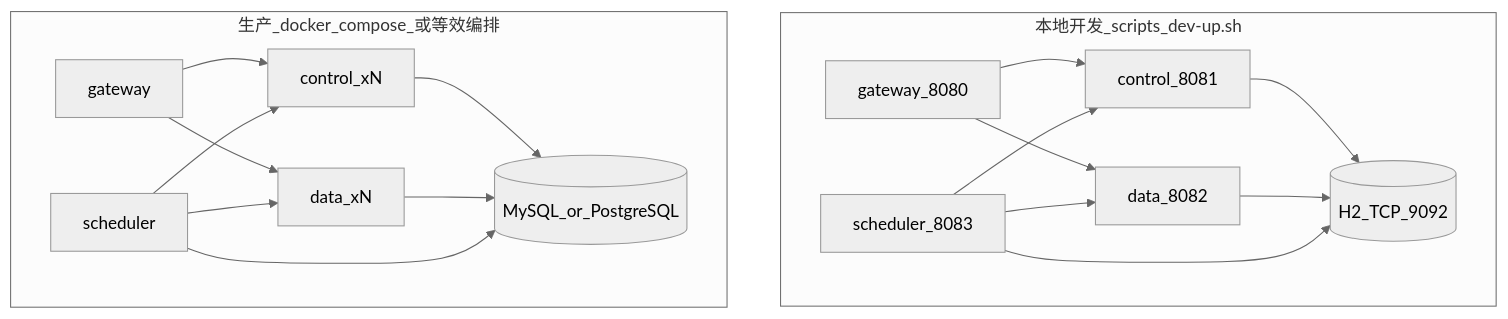
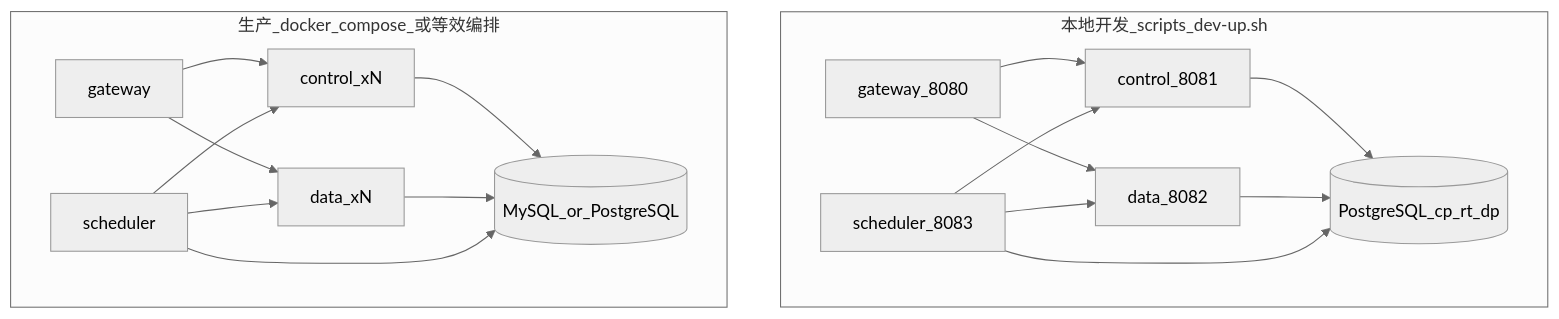
One commit to agentscope-ai/agentscope-java changed the diagram in agentscope-service/docs/managed_agents/guide/13-operations.md. Above: the diagram before and after it, drawn with Mermaid (neutral theme). The commit also changed other lines of this file and 750 other files, not shown here.

````diff
--- a/agentscope-service/docs/managed_agents/guide/13-operations.md
+++ b/agentscope-service/docs/managed_agents/guide/13-operations.md
@@ -14,21 +14,21 @@
 ```mermaid
 flowchart TB
   subgraph local [本地开发_scripts_dev-up.sh]
     GW1[gateway_8080] --> CP1[control_8081]
     GW1 --> DP1[data_8082]
     SCH1[scheduler_8083] --> CP1
     SCH1 --> DP1
-    CP1 --> H2[(H2_TCP_9092)]
-    DP1 --> H2
-    SCH1 --> H2
+    CP1 --> PG1[(PostgreSQL_cp_rt_dp)]
+    DP1 --> PG1
+    SCH1 --> PG1
   end
   subgraph prod [生产_docker_compose_或等效编排]
     GW2[gateway] --> CP2[control_xN]
     GW2 --> DP2[data_xN]
     SCH2[scheduler] --> CP2
     SCH2 --> DP2
     CP2 --> DB[(MySQL_or_PostgreSQL)]
     DP2 --> DB
     SCH2 --> DB
   end
 ```
````
